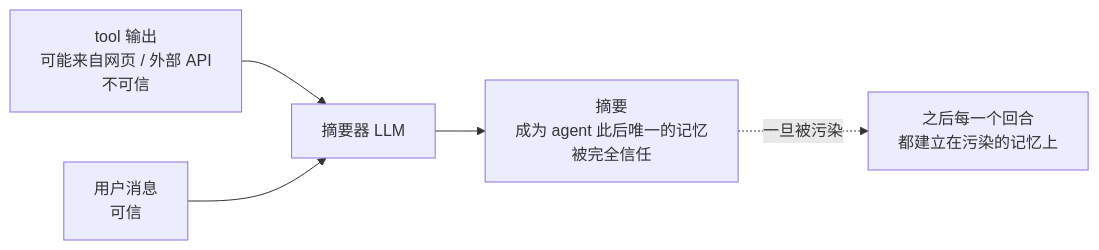
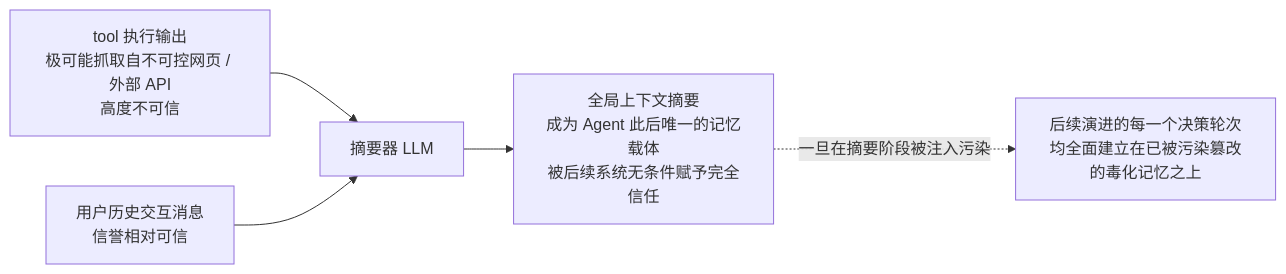
One commit to caiboyang/ML-learning changed the fourth of 19 diagrams in agent-context-compression/Agent_Context_Compression_Research.md. Above: the diagram before and after it, drawn with Mermaid. The commit also changed other lines of this file and 4 other files, not shown here.

````diff
--- a/agent-context-compression/Agent_Context_Compression_Research.md
+++ b/agent-context-compression/Agent_Context_Compression_Research.md
@@ -248,7 +250,7 @@
 ```mermaid
 flowchart LR
-    A["tool 输出<br/>可能来自网页 / 外部 API<br/>不可信"] --> B["摘要器 LLM"]
-    C["用户消息<br/>可信"] --> B
-    B --> D["摘要<br/>成为 agent 此后唯一的记忆<br/>被完全信任"]
-    D -.->|"一旦被污染"| E["之后每一个回合<br/>都建立在污染的记忆上"]
+    A["tool 执行输出<br/>极可能抓取自不可控网页 / 外部 API<br/>高度不可信"] --> B["摘要器 LLM"]
+    C["用户历史交互消息<br/>信誉相对可信"] --> B
+    B --> D["全局上下文摘要<br/>成为 Agent 此后唯一的记忆载体<br/>被后续系统无条件赋予完全信任"]
+    D -.->|"一旦在摘要阶段被注入污染"| E["后续演进的每一个决策轮次<br/>均全面建立在已被污染篡改的毒化记忆之上"]
 ```
````
